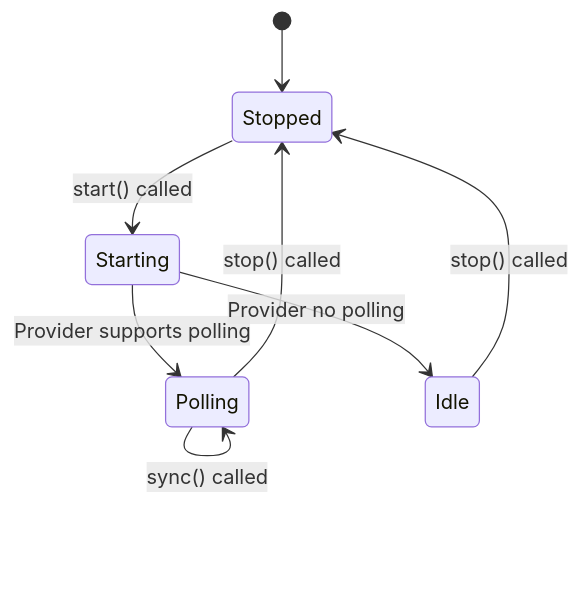
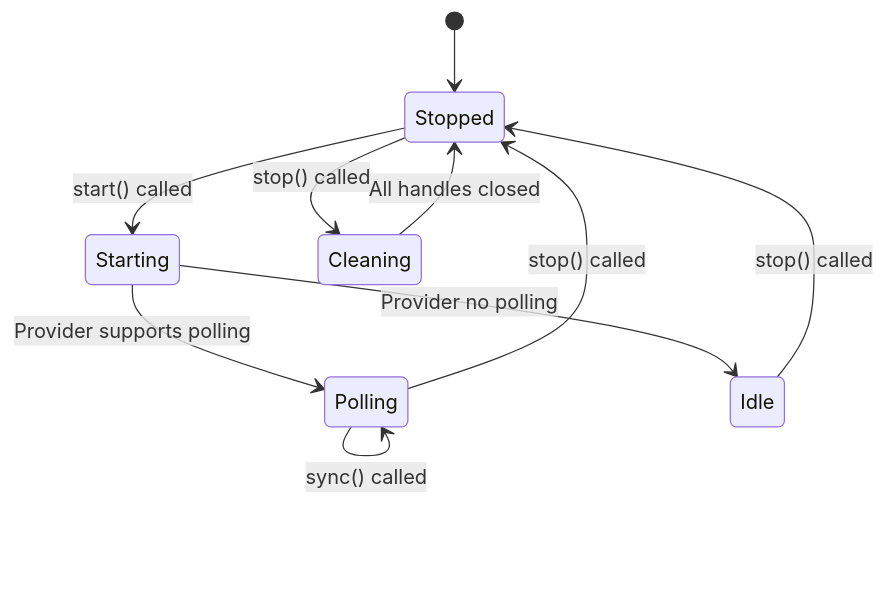
The eighth of 16 diagrams in openspec/specs/opfs-cloud-file/spec.md (gjchentw/opfs-cloud-file), drawn with Mermaid before and after one commit. The commit also changed other lines of this file and 29 other files, not shown here.

````diff
--- a/openspec/specs/opfs-cloud-file/spec.md
+++ b/openspec/specs/opfs-cloud-file/spec.md
@@ -426,12 +442,15 @@
 ```mermaid
 stateDiagram-v2
     [*] --> Stopped
     Stopped --> Starting: start() called
     Starting --> Polling: Provider supports polling
     Starting --> Idle: Provider no polling
     Polling --> Stopped: stop() called
     Idle --> Stopped: stop() called
     
     Polling --> Polling: Poll interval elapsed
     Polling --> Polling: sync() called
+    
+    Stopped --> Cleaning: stop() called
+    Cleaning --> Stopped: All handles closed
 ```
````
